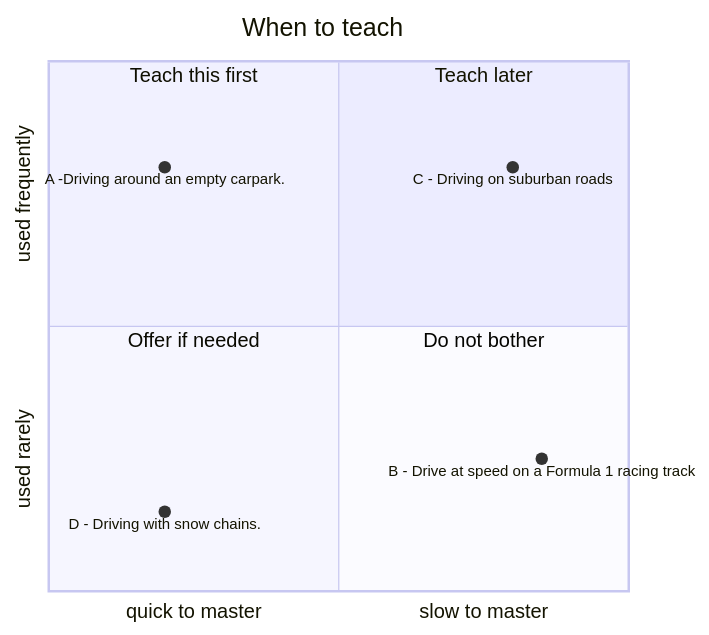
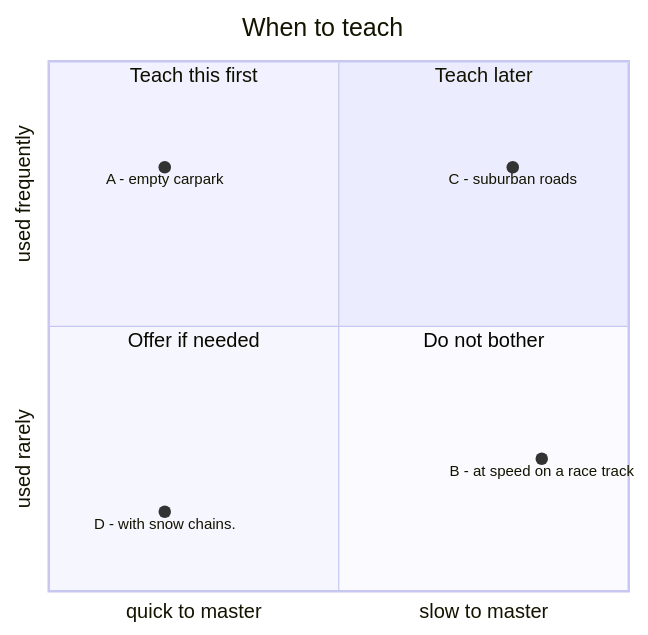
The second of 3 diagrams in episodes/08-motivation.md (carpentries/instructor-training), drawn with Mermaid before and after one commit. The commit also changed other lines of this file, not shown here.

Commit message:
shorten text labels

````diff
--- a/episodes/08-motivation.md
+++ b/episodes/08-motivation.md
@@ -89,16 +89,16 @@
 ```mermaid
 %%{init: {"quadrantChart": {"xAxisPosition": "bottom"}, "themeVariables": {} }}%%
 quadrantChart
     title When to teach
     x-axis quick to master --> slow to master
     y-axis used rarely --> used frequently
     quadrant-2 Teach this first
     quadrant-4 Do not bother
     quadrant-1 Teach later
     quadrant-3 Offer if needed
-    A -Driving around an empty carpark.: [0.2, 0.8] 
-    B - Drive at speed on a Formula 1 racing track : [0.85, 0.25]
-    C - Driving on suburban roads: [0.8, 0.8]
-    D - Driving with snow chains.: [0.2, 0.15]
+    A - empty carpark : [0.2, 0.8] 
+    B - at speed on a race track : [0.85, 0.25]
+    C - suburban roads: [0.8, 0.8]
+    D - with snow chains.: [0.2, 0.15]
 %%accDescr {A quandrant chart, 2x2 grid, with y-axis labeled quick to master --> slow to master and and x-axis labeled  used rarely --> used frequently. The upper left quadrant says "teach this first" and the lower right quadrant says "do not bother"}
 ```
````
